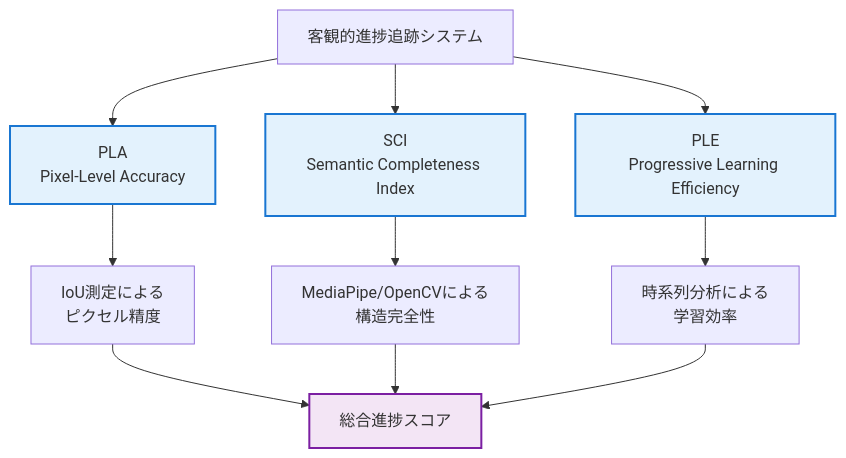
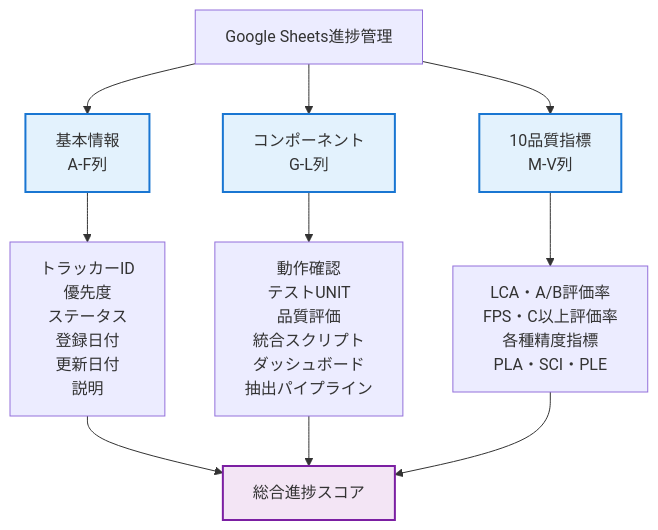
Before and after one commit to miyashita337/segment-anything: the diagram in docs/workflows/PROGRESS_TRACKER.md, drawn with Mermaid. The commit also changed other lines of this file and 55 other files, not shown here.

First line of the commit message:
feat: Add priority column (B) to Google Sheets and implement task ticketing system

````diff
--- a/docs/workflows/PROGRESS_TRACKER.md
+++ b/docs/workflows/PROGRESS_TRACKER.md
@@ -17,19 +50,20 @@
 ```mermaid
 graph TD
-    A[客観的進捗追跡システム] --> B[PLA<br/>Pixel-Level Accuracy]
-    A --> C[SCI<br/>Semantic Completeness Index]
-    A --> D[PLE<br/>Progressive Learning Efficiency]
+    A[Google Sheets進捗管理] --> B[基本情報<br/>A-F列]
+    A --> C[コンポーネント<br/>G-L列]
+    A --> D[10品質指標<br/>M-V列]
     
-    B --> B1[IoU測定による<br/>ピクセル精度]
-    C --> C1[MediaPipe/OpenCVによる<br/>構造完全性]
-    D --> D1[時系列分析による<br/>学習効率]
+    B --> B1[トラッカーID<br/>優先度<br/>ステータス<br/>登録日付<br/>更新日付<br/>説明]
+    C --> C1[動作確認<br/>テストUNIT<br/>品質評価<br/>統合スクリプト<br/>ダッシュボード<br/>抽出パイプライン]
+    D --> D1[LCA・A/B評価率<br/>FPS・C以上評価率<br/>各種精度指標<br/>PLA・SCI・PLE]
     
     B1 --> E[総合進捗スコア]
     C1 --> E
     D1 --> E
     
     classDef metric fill:#e3f2fd,stroke:#1976d2,stroke-width:2px
     classDef result fill:#f3e5f5,stroke:#7b1fa2,stroke-width:2px
+    classDef priority fill:#fff3e0,stroke:#f57c00,stroke-width:2px
     class B,C,D metric
     class E result
 ```
````
